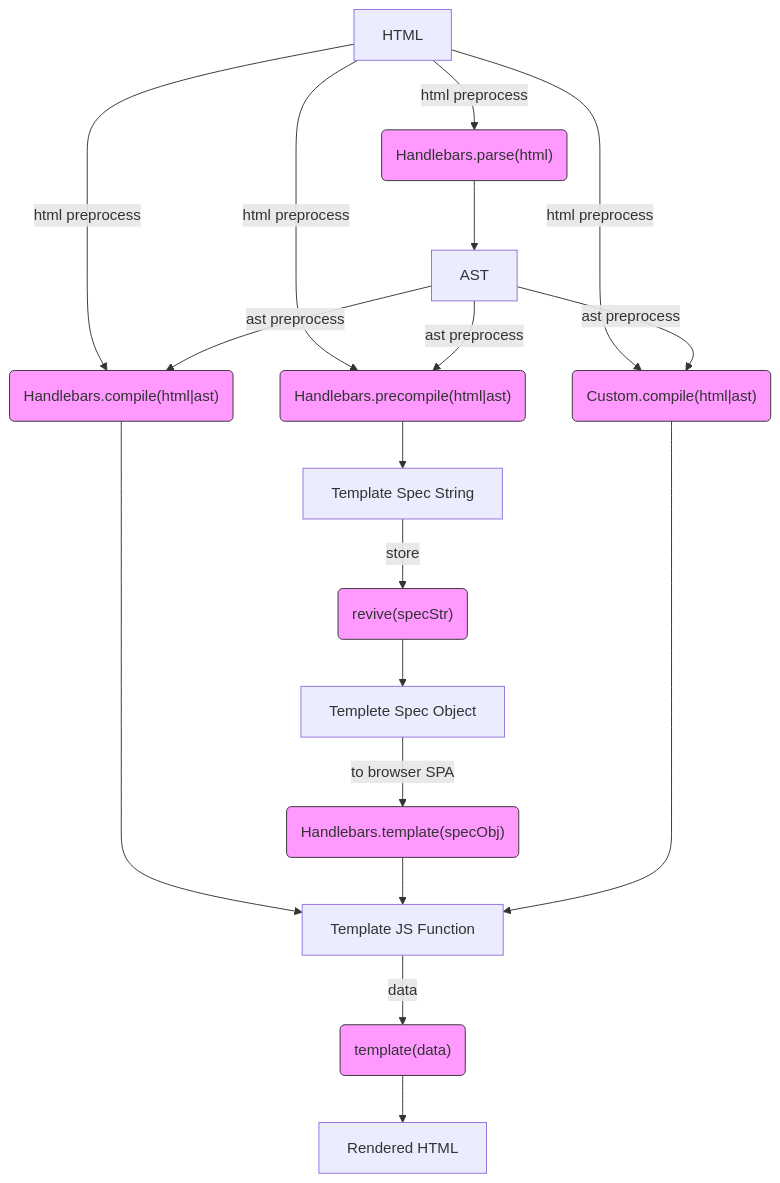
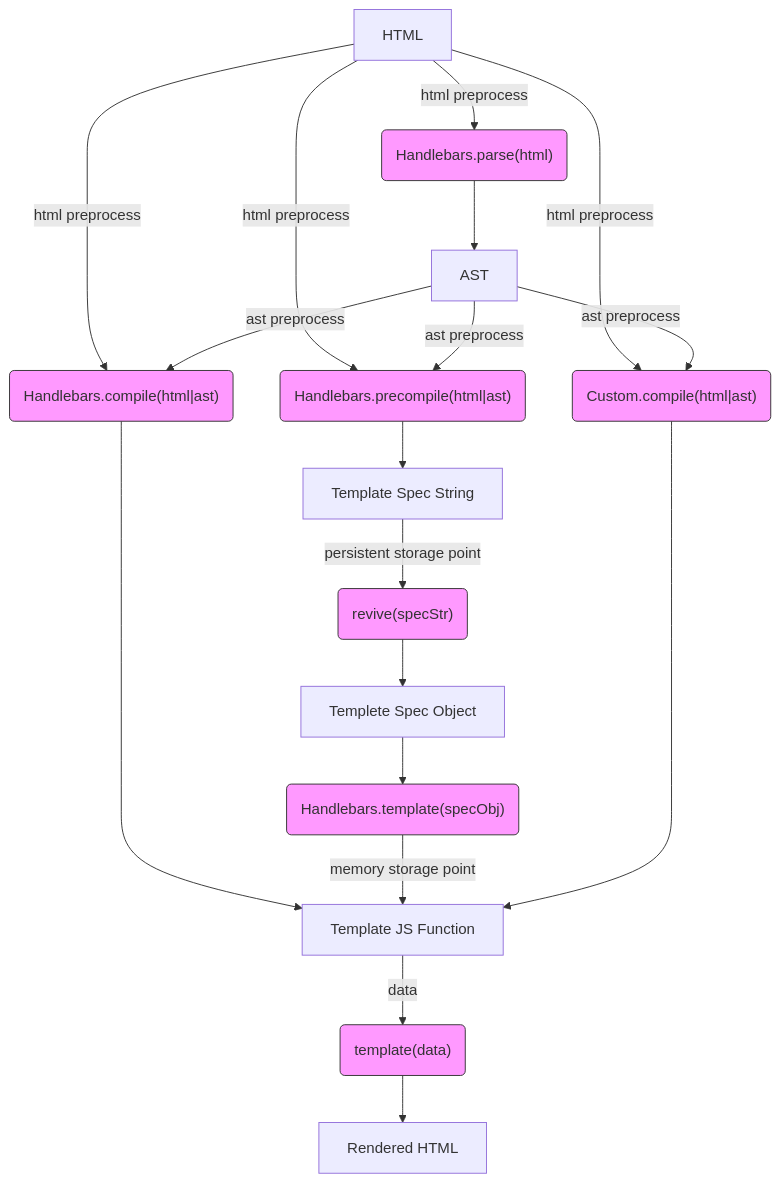
Before and after one commit to dhollenbeck/handlebars-internals: the diagram in docs/diagrams/workflow.md, drawn with Mermaid. The commit also changed other lines of this file and 1 other file, not shown here.

Commit message:
updated workflow diagram

````diff
--- a/docs/diagrams/workflow.md
+++ b/docs/diagrams/workflow.md
@@ -5,31 +5,30 @@
 ```mermaid
 graph TD
 HTML --> |html preprocess|fncCompile
 HTML --> |html preprocess|fncPrecompile
 HTML --> |html preprocess|fncCompileCustom
 HTML -->|html preprocess|fncParse("Handlebars.parse(html)")
 fncParse --> AST
 AST -->|ast preprocess|fncCompile("Handlebars.compile(html|ast)")
 AST -->|ast preprocess|fncPrecompile("Handlebars.precompile(html|ast)")
 AST -->|ast preprocess|fncCompileCustom("Custom.compile(html|ast)")
 fncCompile --> F[JS Template Function]
 F --> |data|fncTemplate("template(data)")
 fncPrecompile --> specStr[Template Spec String]
-specStr -->|store|fncRevive("revive(specStr)")
+specStr -->|persistent storage point|fncRevive("revive(specStr)")
 fncRevive -->specObj[Templete Spec Object]
-specObj -->|to browser SPA|fncRestore("Handlebars.template(specObj)")
-fncRestore -->F[Template JS Function]
+specObj -->fncRestore("Handlebars.template(specObj)")
+fncRestore -->|memory storage point|F[Template JS Function]
 fncCompileCustom --> F
 fncTemplate -->RHTML[Rendered HTML]
 
 classDef fncStyle fill:#f9f,stroke:#333,stroke-width:1px;
 
 class fncParse fncStyle;
 class fncCompile fncStyle;
 class fncPrecompile fncStyle;
 class fncCompileCustom fncStyle;
 class fncRevive fncStyle;
 class fncRestore fncStyle;
 class fncTemplate fncStyle;
-
 ```
````
